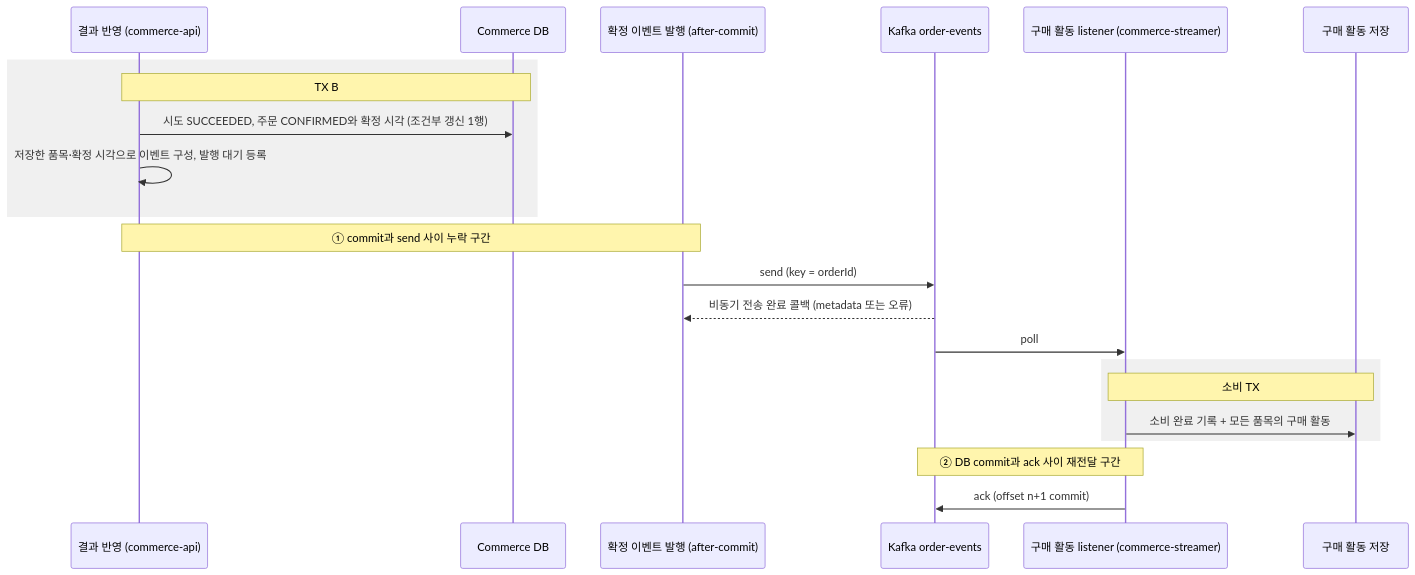
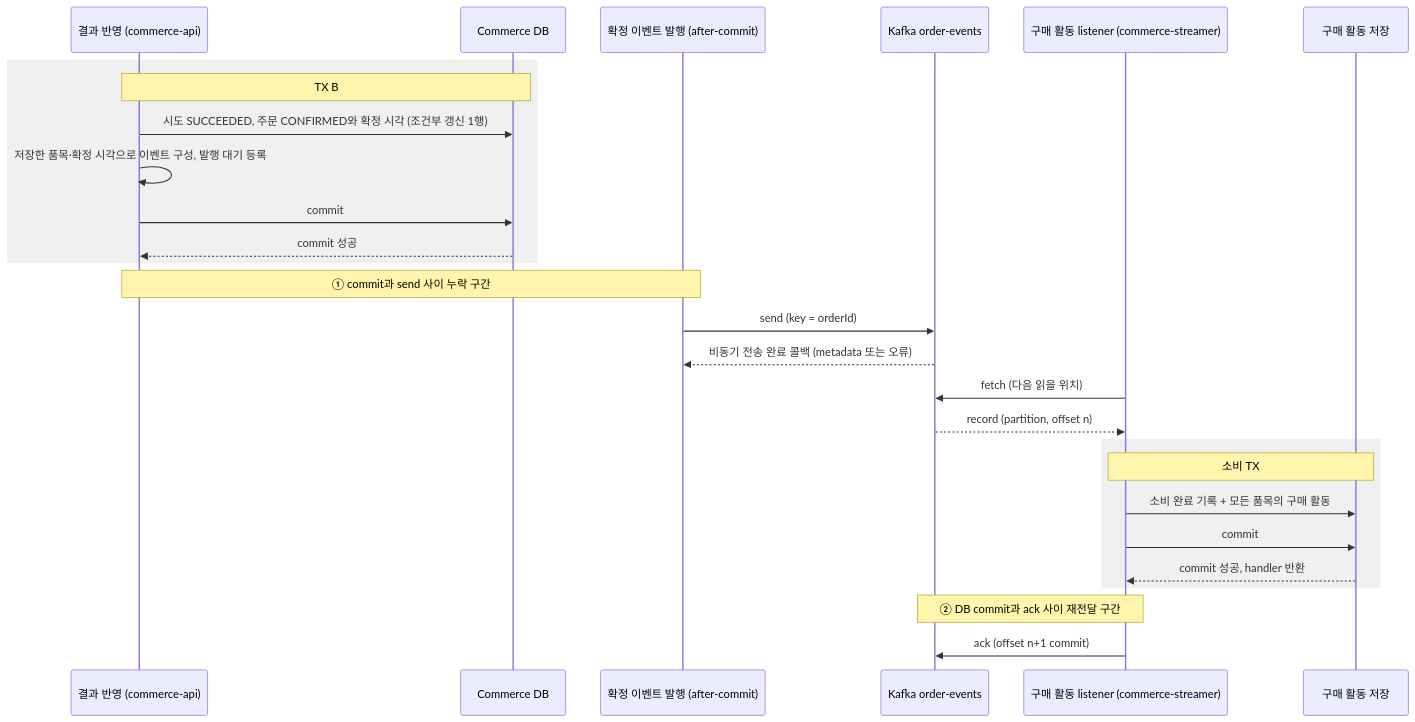
The diagram in docs/system-design/use-cases/order-confirmed-event.md (loopers-labs/loop-pack-be-l2-vol5-java), drawn with Mermaid before and after one commit. The commit also changed other lines of this file and 10 other files, not shown here.

````diff
--- a/docs/system-design/use-cases/order-confirmed-event.md
+++ b/docs/system-design/use-cases/order-confirmed-event.md
@@ -23,25 +42,30 @@
 ```mermaid
 sequenceDiagram
     participant Result as 결과 반영 (commerce-api)
     participant DB as Commerce DB
     participant Publisher as 확정 이벤트 발행 (after-commit)
     participant Kafka as Kafka order-events
     participant Listener as 구매 활동 listener (commerce-streamer)
     participant ADB as 구매 활동 저장
 
     rect rgba(128, 128, 128, 0.12)
         Note over Result,DB: TX B
         Result->>DB: 시도 SUCCEEDED, 주문 CONFIRMED와 확정 시각 (조건부 갱신 1행)
         Result->>Result: 저장한 품목·확정 시각으로 이벤트 구성, 발행 대기 등록
+        Result->>DB: commit
+        DB-->>Result: commit 성공
     end
     Note over Result,Publisher: ① commit과 send 사이 누락 구간
     Publisher->>Kafka: send (key = orderId)
     Kafka-->>Publisher: 비동기 전송 완료 콜백 (metadata 또는 오류)
-    Kafka->>Listener: poll
+    Listener->>Kafka: fetch (다음 읽을 위치)
+    Kafka-->>Listener: record (partition, offset n)
     rect rgba(128, 128, 128, 0.12)
         Note over Listener,ADB: 소비 TX
         Listener->>ADB: 소비 완료 기록 + 모든 품목의 구매 활동
+        Listener->>ADB: commit
+        ADB-->>Listener: commit 성공, handler 반환
     end
     Note over Listener,Kafka: ② DB commit과 ack 사이 재전달 구간
     Listener->>Kafka: ack (offset n+1 commit)
 ```
````
